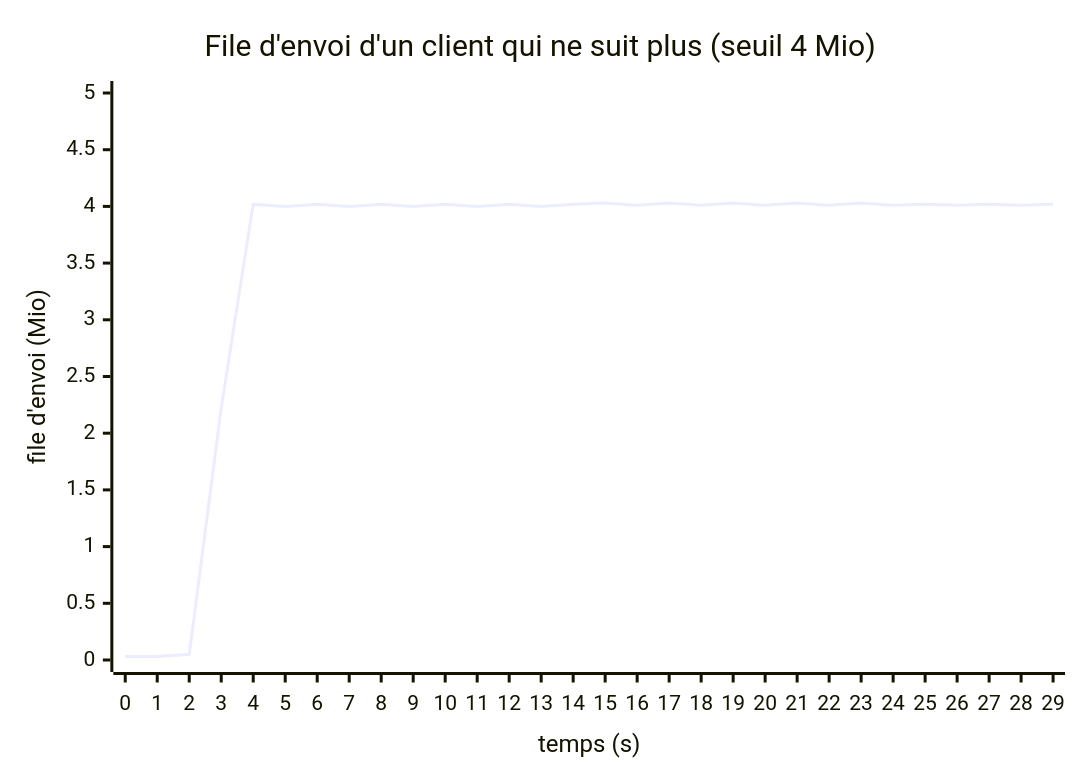
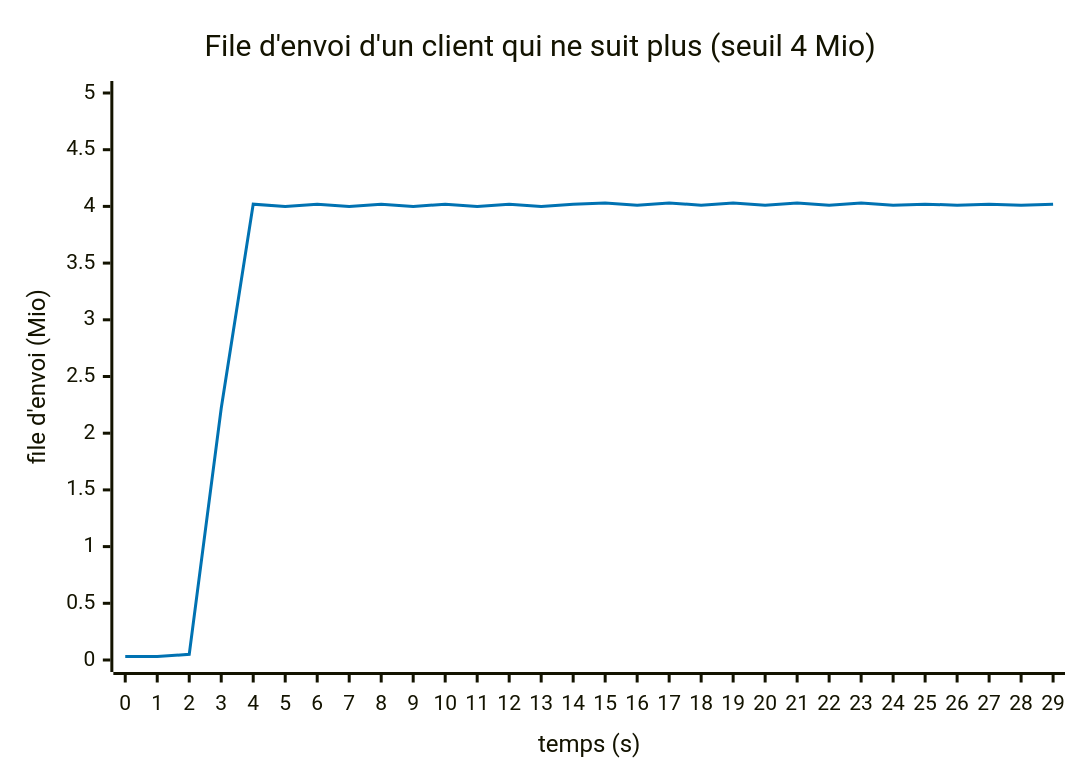
The sixth of 8 diagrams in src/packages/@nodefony/realtime/docs/cadence-et-contre-pression.md (nodefony/nodefony-core), drawn with Mermaid before and after one commit. The commit also changed other lines of this file and 2 other files, not shown here.

````diff
--- a/src/packages/@nodefony/realtime/docs/cadence-et-contre-pression.md
+++ b/src/packages/@nodefony/realtime/docs/cadence-et-contre-pression.md
@@ -423,7 +440,8 @@
 ```mermaid
+%%{init: {"themeVariables": {"xyChart": {"plotColorPalette": "#0072B2, #D55E00"}}}}%%
 xychart-beta
   title "File d'envoi d'un client qui ne suit plus (seuil 4 Mio)"
   x-axis "temps (s)" [0, 1, 2, 3, 4, 5, 6, 7, 8, 9, 10, 11, 12, 13, 14, 15, 16, 17, 18, 19, 20, 21, 22, 23, 24, 25, 26, 27, 28, 29]
   y-axis "file d'envoi (Mio)" 0 --> 5
   line [0.03, 0.03, 0.05, 2.22, 4.02, 4, 4.02, 4, 4.02, 4, 4.02, 4, 4.02, 4, 4.02, 4.03, 4.01, 4.03, 4.01, 4.03, 4.01, 4.03, 4.01, 4.03, 4.01, 4.02, 4.01, 4.02, 4.01, 4.02]
 ```
````
